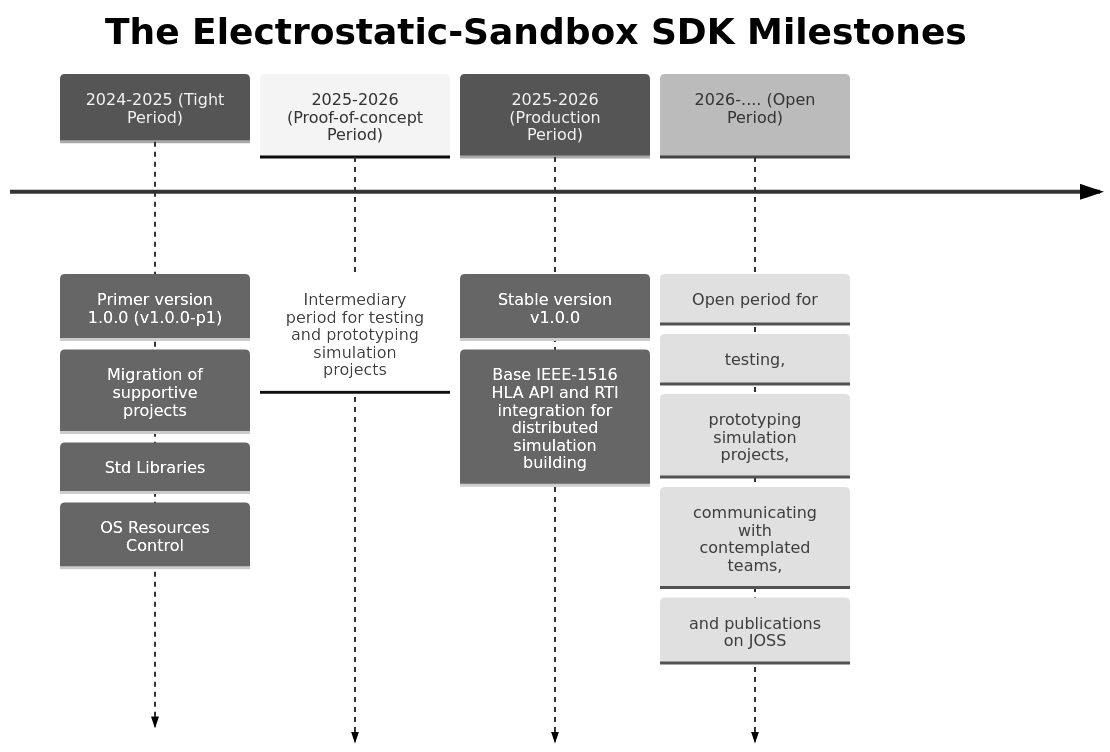
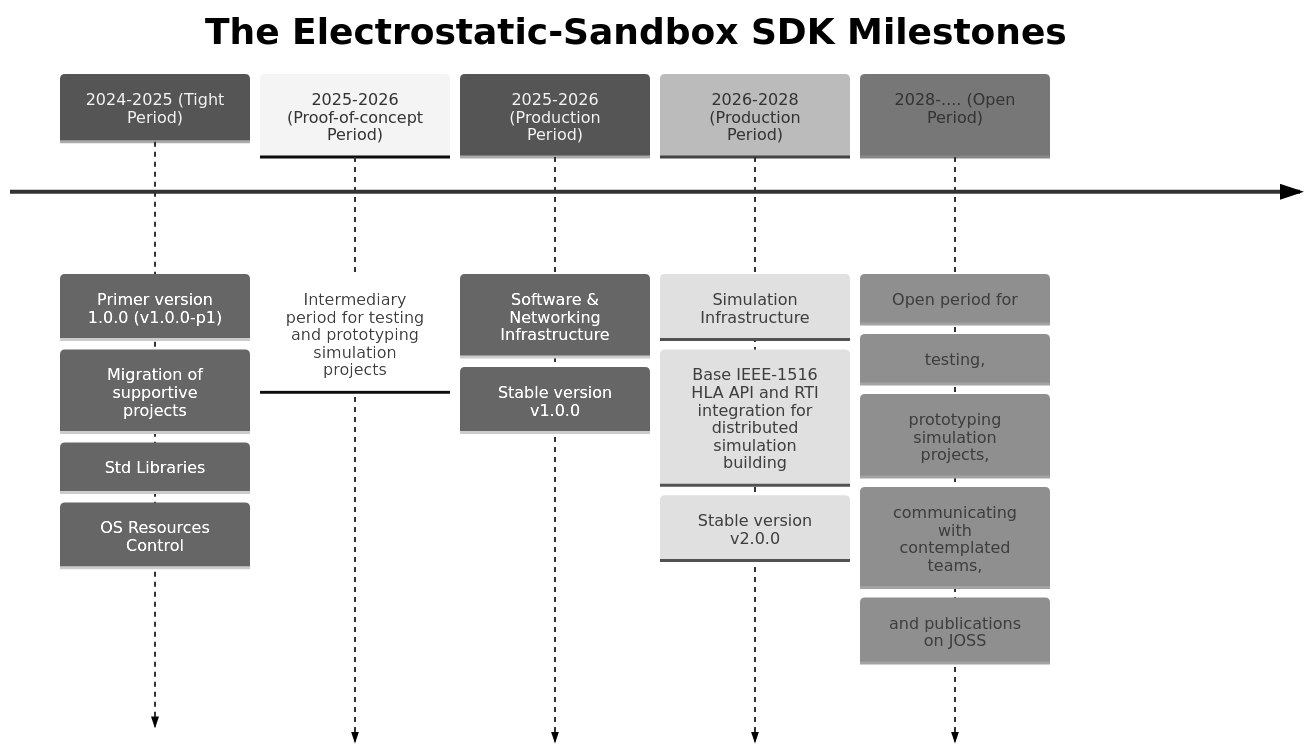
The second of 2 diagrams in README.md (Electrostat-Lab/Electrostatic-Sandbox), drawn with Mermaid (neutral theme) before and after one commit.

````diff
--- a/README.md
+++ b/README.md
@@ -78,8 +78,9 @@
 ```mermaid
 timeline
 title The Electrostatic-Sandbox SDK Milestones
 2024-2025 (Tight Period): Primer version 1.0.0 (v1.0.0-p1): Migration of supportive projects: Std Libraries: OS Resources Control
 2025-2026 (Proof-of-concept Period): Intermediary period for testing and prototyping simulation projects
-2025-2026 (Production Period): Stable version v1.0.0: Base IEEE-1516 HLA API and RTI integration for distributed simulation building
-2026-.... (Open Period): Open period for: testing,: prototyping simulation projects,: communicating with contemplated teams,: and publications on JOSS
+2025-2026 (Production Period): Software & Networking Infrastructure: Stable version v1.0.0
+2026-2028 (Production Period): Simulation Infrastructure: Base IEEE-1516 HLA API and RTI integration for distributed simulation building: Stable version v2.0.0
+2028-.... (Open Period): Open period for: testing,: prototyping simulation projects,: communicating with contemplated teams,: and publications on JOSS
 ```
````
